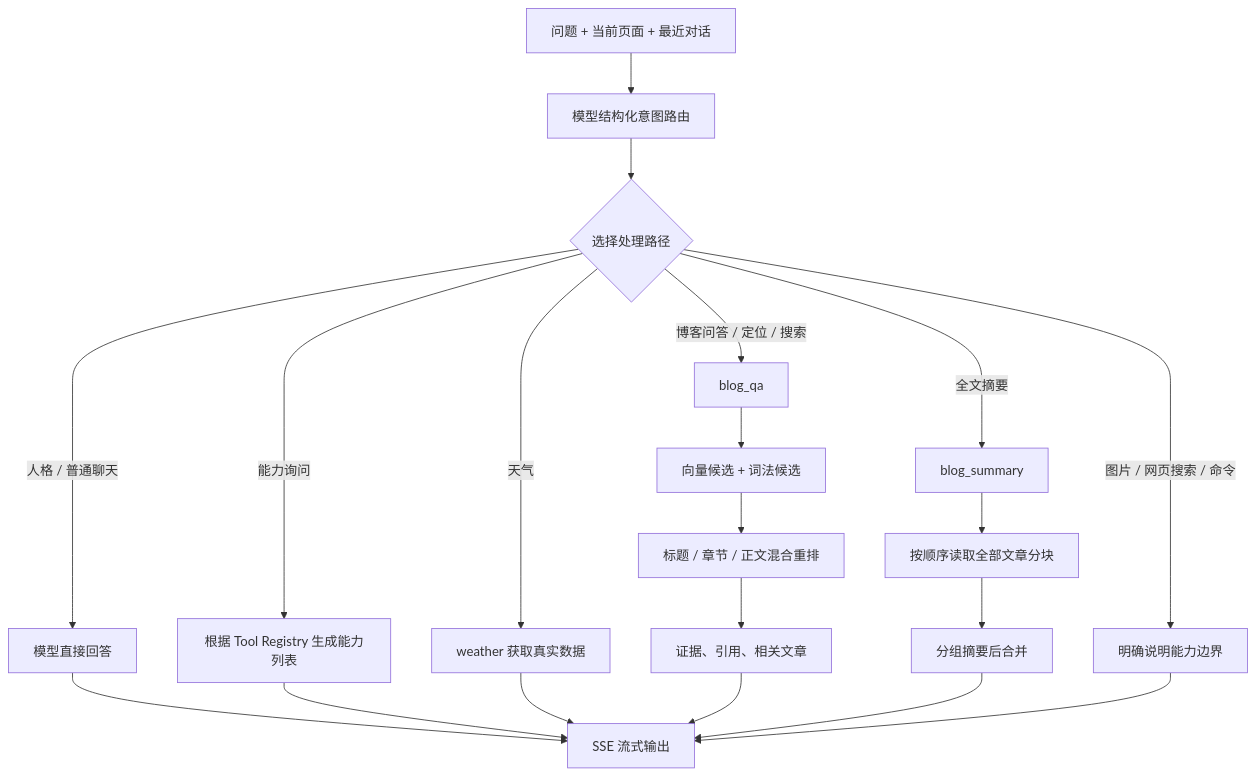
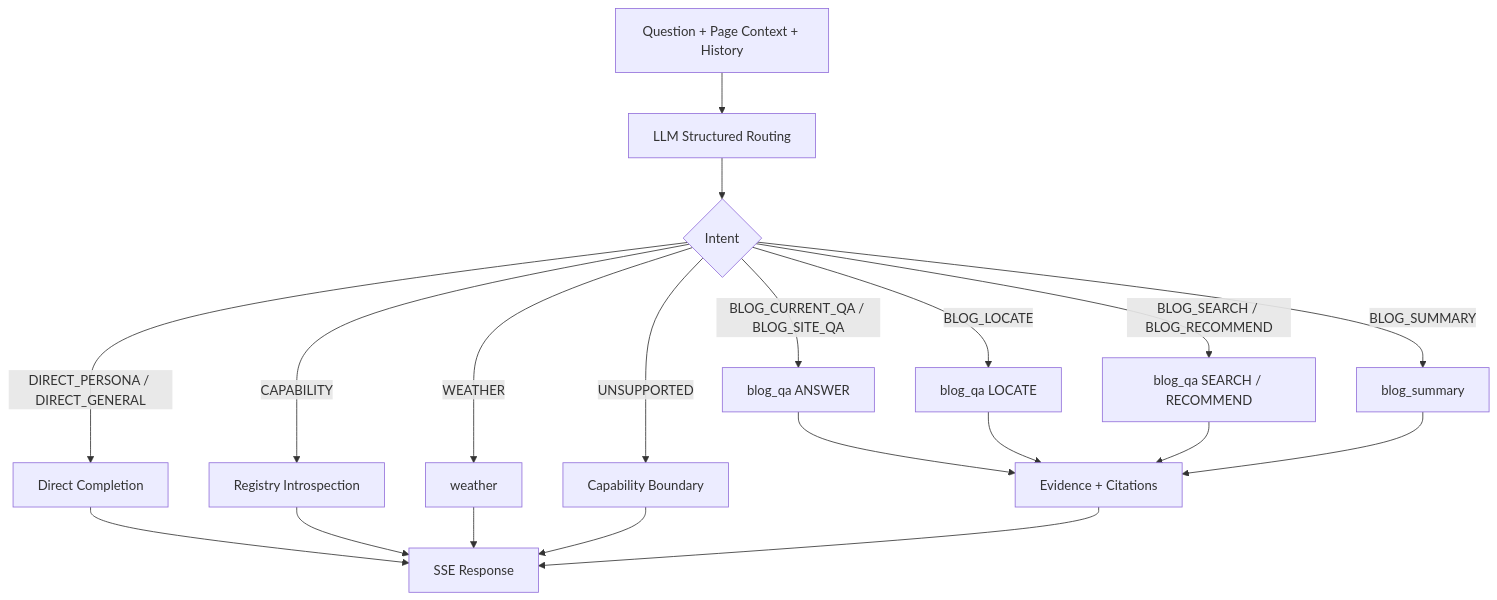
One commit to yinshengphy/blog changed the second of 3 diagrams in src/content/posts/building-a-blog-assistant.md. Above: the diagram before and after it, drawn with Mermaid. The commit also changed other lines of this file and 6 other files, not shown here.

````diff
--- a/src/content/posts/building-a-blog-assistant.md
+++ b/src/content/posts/building-a-blog-assistant.md
@@ -80,25 +104,24 @@
 ```mermaid
 flowchart TD
-    Q[问题 + 当前页面 + 最近对话] --> R[模型结构化意图路由]
-    R --> P{选择处理路径}
+    Input[Question + Page Context + History] --> Route[LLM Structured Routing]
+    Route --> Intent{Intent}
 
-    P -->|人格 / 普通聊天| Direct[模型直接回答]
-    P -->|能力询问| Cap[根据 Tool Registry 生成能力列表]
-    P -->|天气| W[weather 获取真实数据]
-    P -->|博客问答 / 定位 / 搜索| B[blog_qa]
-    P -->|全文摘要| S[blog_summary]
-    P -->|图片 / 网页搜索 / 命令| U[明确说明能力边界]
+    Intent -->|DIRECT_PERSONA / DIRECT_GENERAL| Direct[Direct Completion]
+    Intent -->|CAPABILITY| Capability[Registry Introspection]
+    Intent -->|BLOG_CURRENT_QA / BLOG_SITE_QA| QA[blog_qa ANSWER]
+    Intent -->|BLOG_LOCATE| Locate[blog_qa LOCATE]
+    Intent -->|BLOG_SEARCH / BLOG_RECOMMEND| Search[blog_qa SEARCH / RECOMMEND]
+    Intent -->|BLOG_SUMMARY| Summary[blog_summary]
+    Intent -->|WEATHER| Weather[weather]
+    Intent -->|UNSUPPORTED| Reject[Capability Boundary]
 
-    B --> H[向量候选 + 词法候选]
-    H --> RR[标题 / 章节 / 正文混合重排]
-    RR --> E[证据、引用、相关文章]
-    S --> F[按顺序读取全部文章分块]
-    F --> M[分组摘要后合并]
-
-    Direct --> SSE[SSE 流式输出]
-    Cap --> SSE
-    W --> SSE
-    E --> SSE
-    M --> SSE
-    U --> SSE
+    QA --> Evidence[Evidence + Citations]
+    Locate --> Evidence
+    Search --> Evidence
+    Summary --> Evidence
+    Direct --> SSE[SSE Response]
+    Capability --> SSE
+    Weather --> SSE
+    Reject --> SSE
+    Evidence --> SSE
 ```
````
